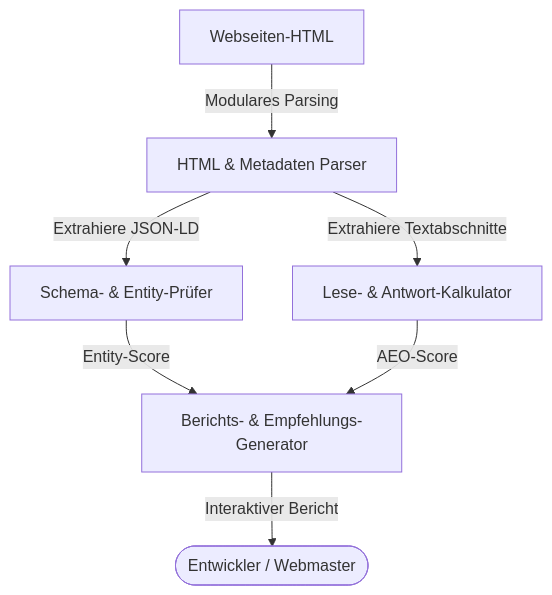
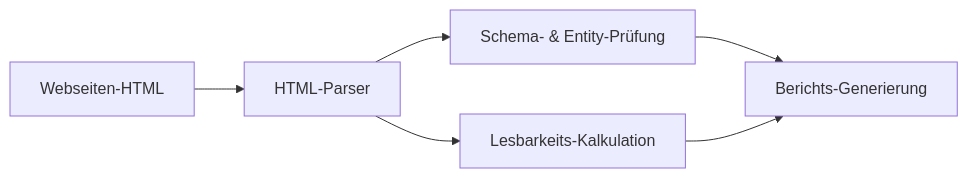
One commit to BGA360/bridgenta-portfolio changed the diagram in src/content/projects/aeocortex.md. Above: the diagram before and after it, drawn with Mermaid. The commit also changed other lines of this file and 5 other files, not shown here.

````diff
--- a/src/content/projects/aeocortex.md
+++ b/src/content/projects/aeocortex.md
@@ -26,9 +57,8 @@
 ```mermaid
-graph TD
-    HTML[Webseiten-HTML] -->|Modulares Parsing| Parser[HTML & Metadaten Parser]
-    Parser -->|Extrahiere JSON-LD| SchemaCheck[Schema- & Entity-Prüfer]
-    Parser -->|Extrahiere Textabschnitte| TextCheck[Lese- & Antwort-Kalkulator]
-    SchemaCheck -->|Entity-Score| Reporter[Berichts- & Empfehlungs-Generator]
-    TextCheck -->|AEO-Score| Reporter
-    Reporter -->|Interaktiver Bericht| User([Entwickler / Webmaster])
+graph LR
+    HTML[Webseiten-HTML] --> Parser[HTML-Parser]
+    Parser --> SchemaCheck[Schema- & Entity-Prüfung]
+    Parser --> TextCheck[Lesbarkeits-Kalkulation]
+    SchemaCheck --> Report[Berichts-Generierung]
+    TextCheck --> Report
 ```
````
